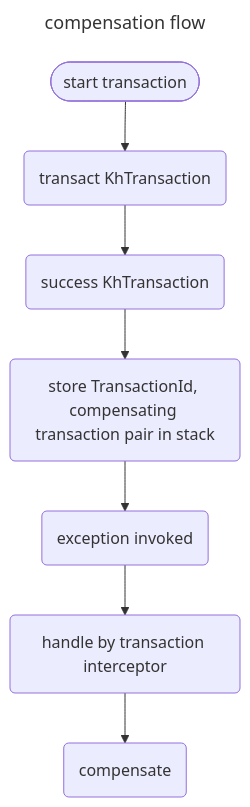
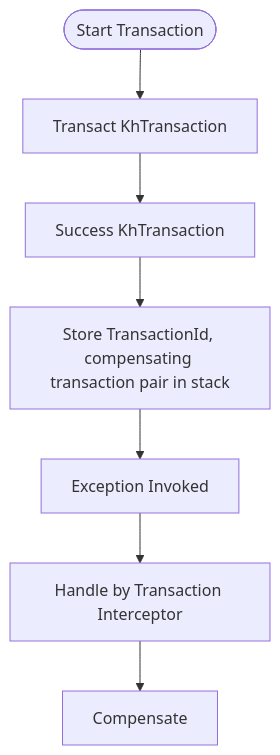
The first of 5 diagrams in README.md (keyhub-projects/distributed-transaction-kit), drawn with Mermaid before and after one commit. The commit also changed other lines of this file and 51 other files, not shown here.

````diff
--- a/README.md
+++ b/README.md
@@ -24,14 +72,9 @@
 ```mermaid
----
-title: compensation flow
----
-flowchart
-    start([start transaction])
-    khTransaction(transact KhTransaction)
-    khTransactionSuccess(success KhTransaction)
-    storeTransactionId(store TransactionId, compensating transaction pair in stack)
-    exception(exception invoked)
-    handleByInterceptor(handle by transaction interceptor)
-    compensate(compensate)
-    start --> khTransaction --> khTransactionSuccess --> storeTransactionId --> exception --> handleByInterceptor --> compensate
+flowchart TD
+    start([Start Transaction]) --> khTransaction["Transact KhTransaction"]
+    khTransaction --> khTransactionSuccess["Success KhTransaction"]
+    khTransactionSuccess --> storeTransactionId["Store TransactionId, compensating transaction pair in stack"]
+    storeTransactionId --> exception["Exception Invoked"]
+    exception --> handleByInterceptor["Handle by Transaction Interceptor"]
+    handleByInterceptor --> compensate["Compensate"]
 ```
````
